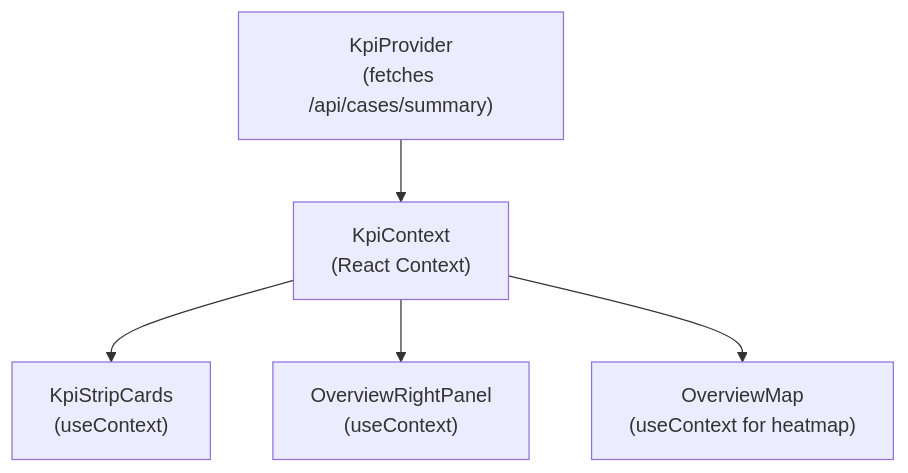
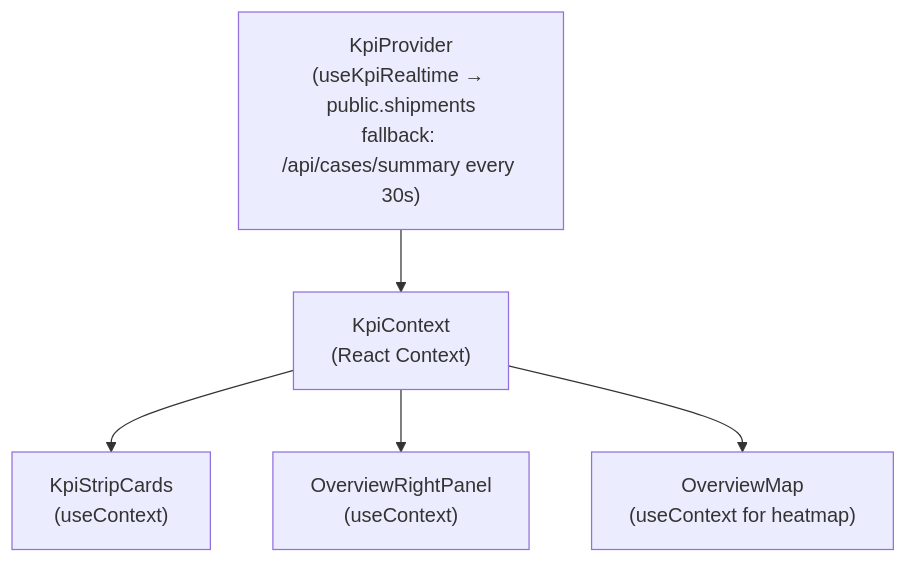
Before and after one commit to macho715/logi_hvdc_dash: the sixth of 14 diagrams in apps/logistics-dashboard/docs/LAYOUT.md, drawn with Mermaid. The commit also changed other lines of this file and 80 other files, not shown here.

````diff
--- a/apps/logistics-dashboard/docs/LAYOUT.md
+++ b/apps/logistics-dashboard/docs/LAYOUT.md
@@ -194,13 +257,13 @@
 ```mermaid
 graph TD
-    KpiProvider["KpiProvider<br/>(fetches /api/cases/summary)"]
+    KpiProvider["KpiProvider<br/>(useKpiRealtime → public.shipments<br/>fallback: /api/cases/summary every 30s)"]
     KpiContext["KpiContext<br/>(React Context)"]
     Strip["KpiStripCards<br/>(useContext)"]
     RightPanel["OverviewRightPanel<br/>(useContext)"]
     Map["OverviewMap<br/>(useContext for heatmap)"]
 
     KpiProvider --> KpiContext
     KpiContext --> Strip
     KpiContext --> RightPanel
     KpiContext --> Map
 ```
````
